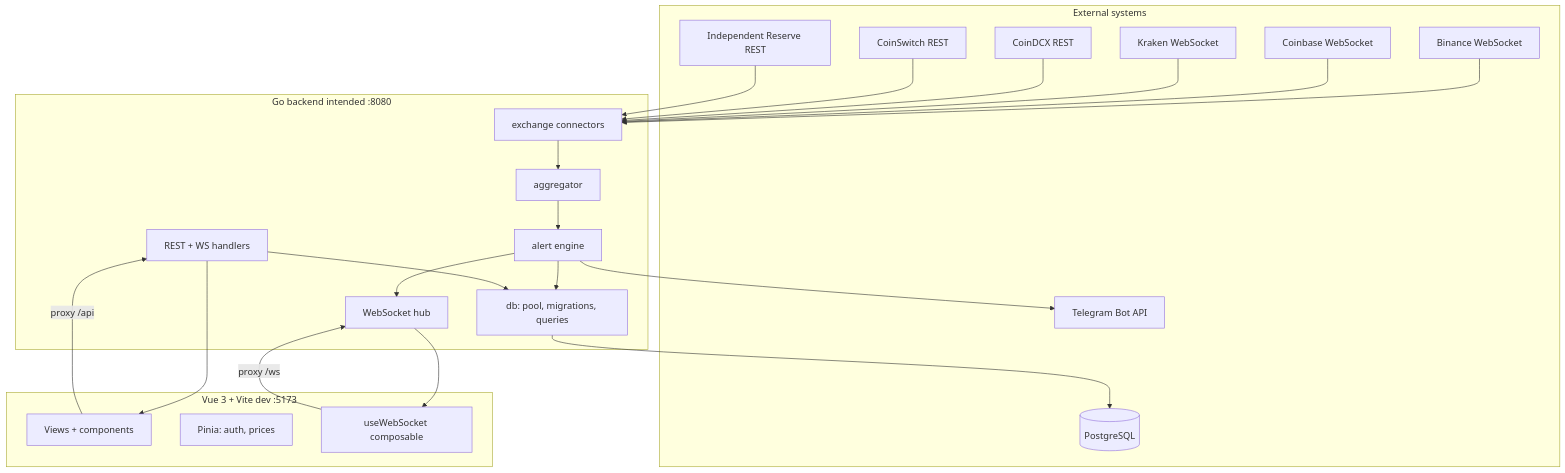
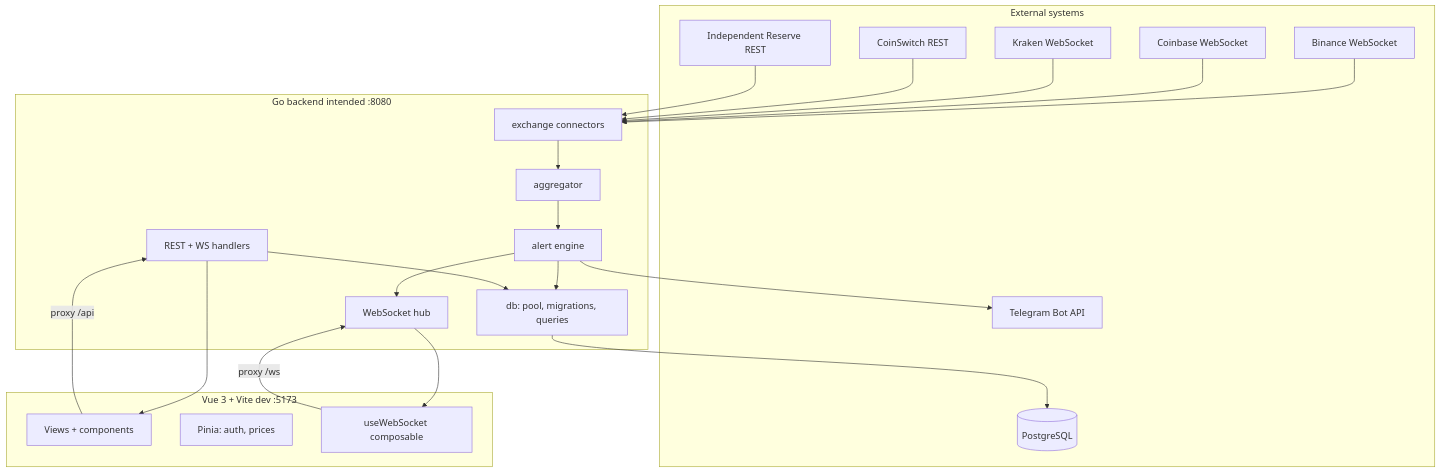
One commit to srinivas365/crytotrade changed the first of 5 diagrams in docs/architecture.md. Above: the diagram before and after it, drawn with Mermaid. The commit also changed other lines of this file and 4 other files, not shown here.

````diff
--- a/docs/architecture.md
+++ b/docs/architecture.md
@@ -9,46 +9,44 @@
 ```mermaid
 flowchart TB
   subgraph external["External systems"]
     BN[Binance WebSocket]
     CB[Coinbase WebSocket]
     KR[Kraken WebSocket]
-    CDX[CoinDCX REST]
     CSW[CoinSwitch REST]
     IR[Independent Reserve REST]
     PG[(PostgreSQL)]
     TG[Telegram Bot API]
   end
 
   subgraph backend["Go backend intended :8080"]
     EX[exchange connectors]
     AGG[aggregator]
     ALT[alert engine]
     HUB[WebSocket hub]
     API[REST + WS handlers]
     DBL[db: pool, migrations, queries]
   end
 
   subgraph frontend["Vue 3 + Vite dev :5173"]
     UI[Views + components]
     ST[Pinia: auth, prices]
     WS[useWebSocket composable]
   end
 
   BN --> EX
   CB --> EX
   KR --> EX
-  CDX --> EX
   CSW --> EX
   IR --> EX
   EX --> AGG
   AGG --> ALT
   ALT --> HUB
   ALT --> TG
   ALT --> DBL
   API --> DBL
   HUB --> WS
   API --> UI
   DBL --> PG
   WS -->|proxy /ws| HUB
   UI -->|proxy /api| API
 ```
````
